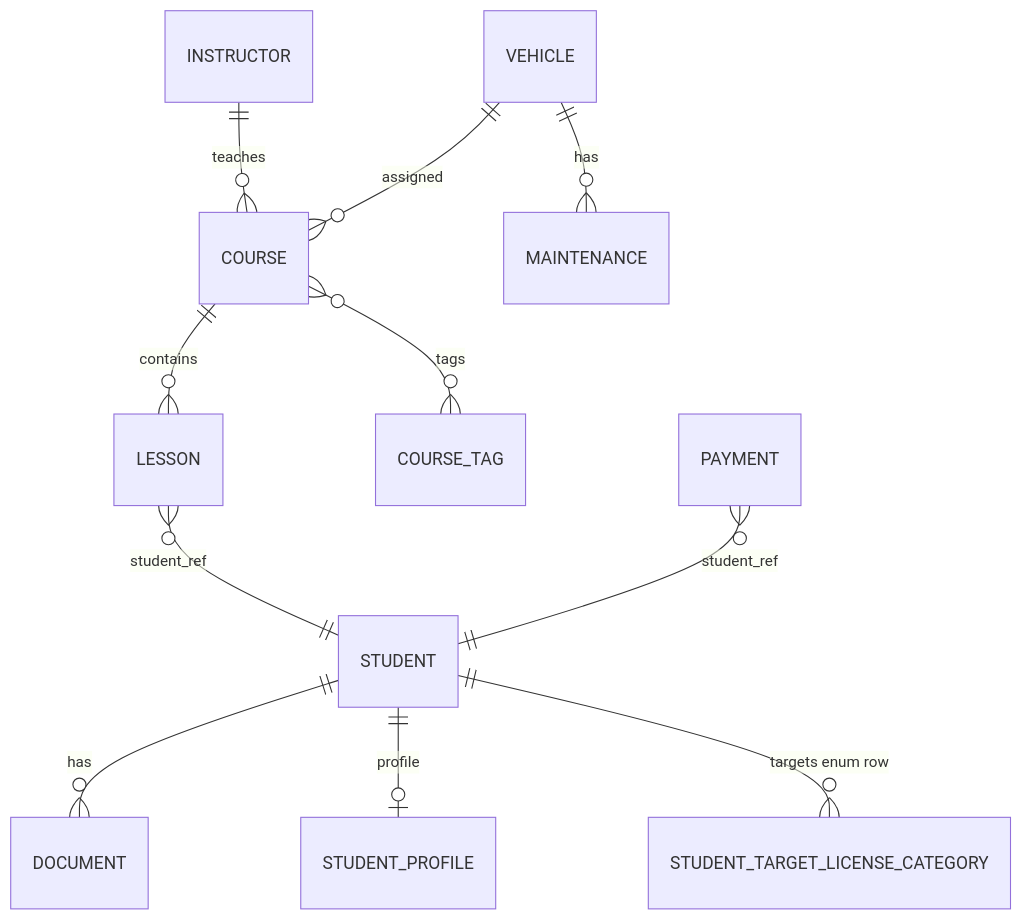
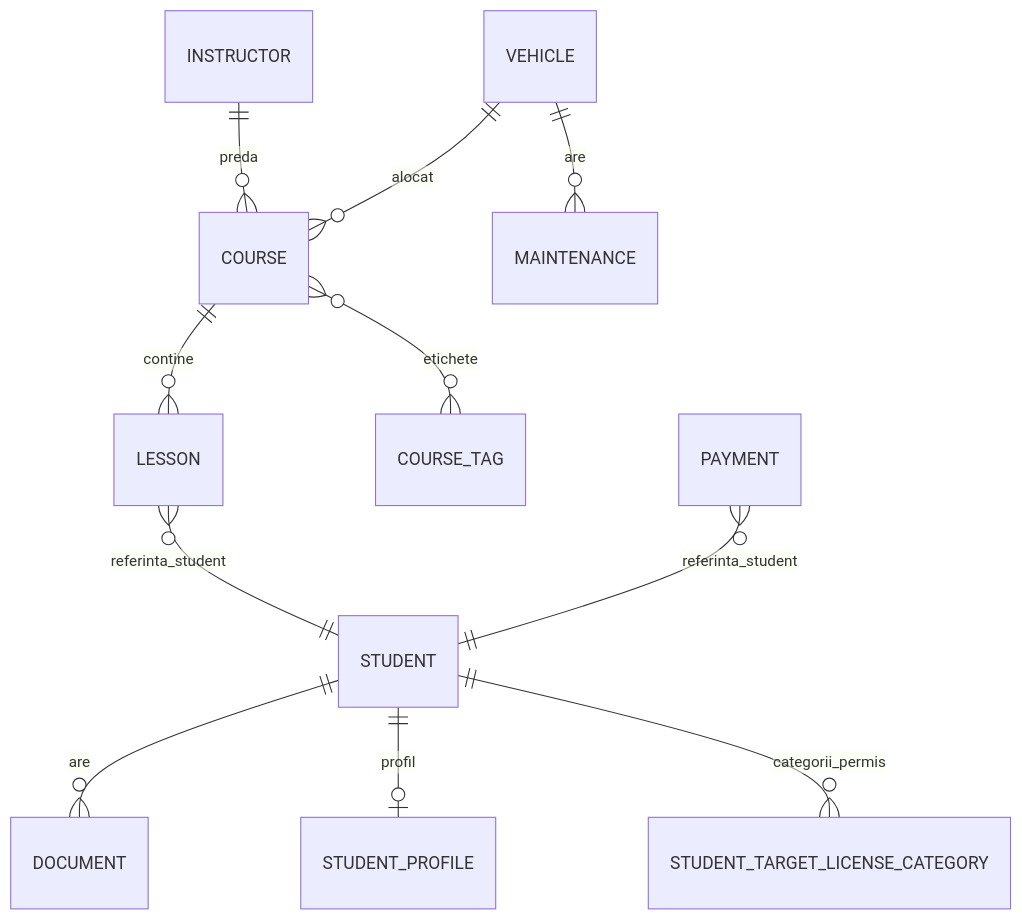
One commit to omacelaru/DrivingSchoolManagementSystem changed the second of 2 diagrams in README.md. Above: the diagram before and after it, drawn with Mermaid. The commit also changed other lines of this file, not shown here.

````diff
--- a/README.md
+++ b/README.md
@@ -294,15 +190,15 @@
 ```mermaid
 erDiagram
-    STUDENT ||--o{ DOCUMENT : has
-    STUDENT ||--o| STUDENT_PROFILE : profile
-    STUDENT ||--o{ STUDENT_TARGET_LICENSE_CATEGORY : "targets enum row"
+    STUDENT ||--o{ DOCUMENT : are
+    STUDENT ||--o| STUDENT_PROFILE : profil
+    STUDENT ||--o{ STUDENT_TARGET_LICENSE_CATEGORY : categorii_permis
 
-    INSTRUCTOR ||--o{ COURSE : teaches
-    VEHICLE ||--o{ COURSE : assigned
-    COURSE ||--o{ LESSON : contains
-    COURSE }o--o{ COURSE_TAG : tags
-    LESSON }o--|| STUDENT : student_ref
+    INSTRUCTOR ||--o{ COURSE : preda
+    VEHICLE ||--o{ COURSE : alocat
+    COURSE ||--o{ LESSON : contine
+    COURSE }o--o{ COURSE_TAG : etichete
+    LESSON }o--|| STUDENT : referinta_student
 
-    VEHICLE ||--o{ MAINTENANCE : has
-    PAYMENT }o--|| STUDENT : student_ref
+    VEHICLE ||--o{ MAINTENANCE : are
+    PAYMENT }o--|| STUDENT : referinta_student
 ```
````
